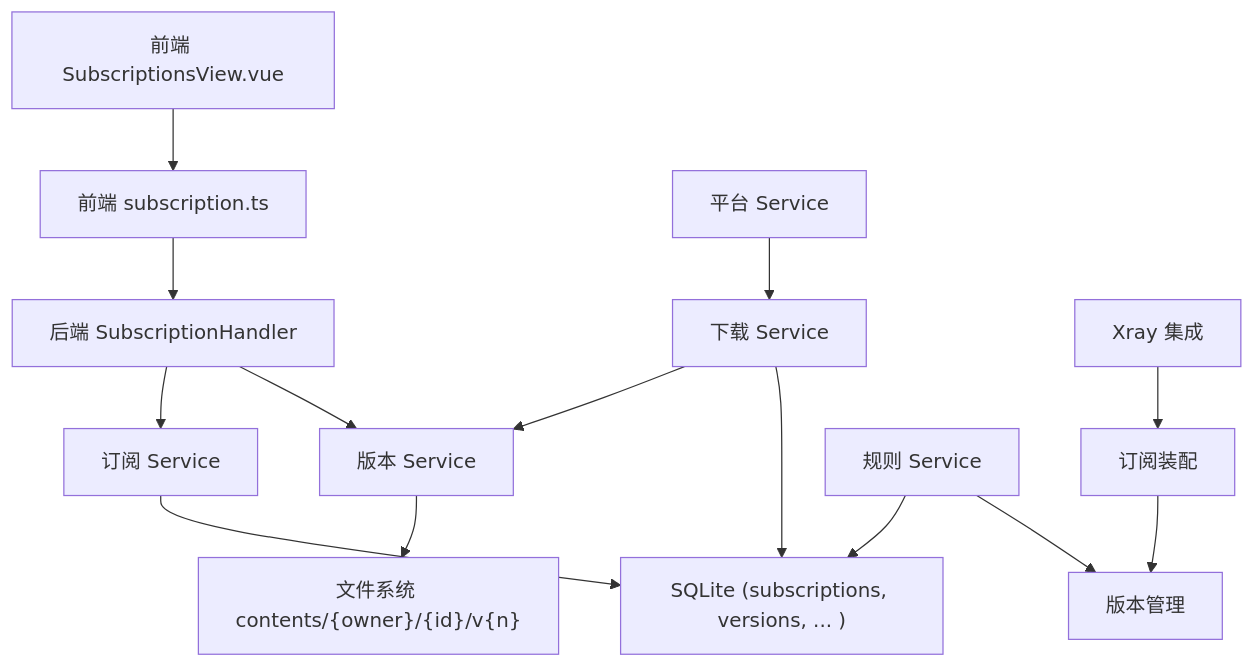
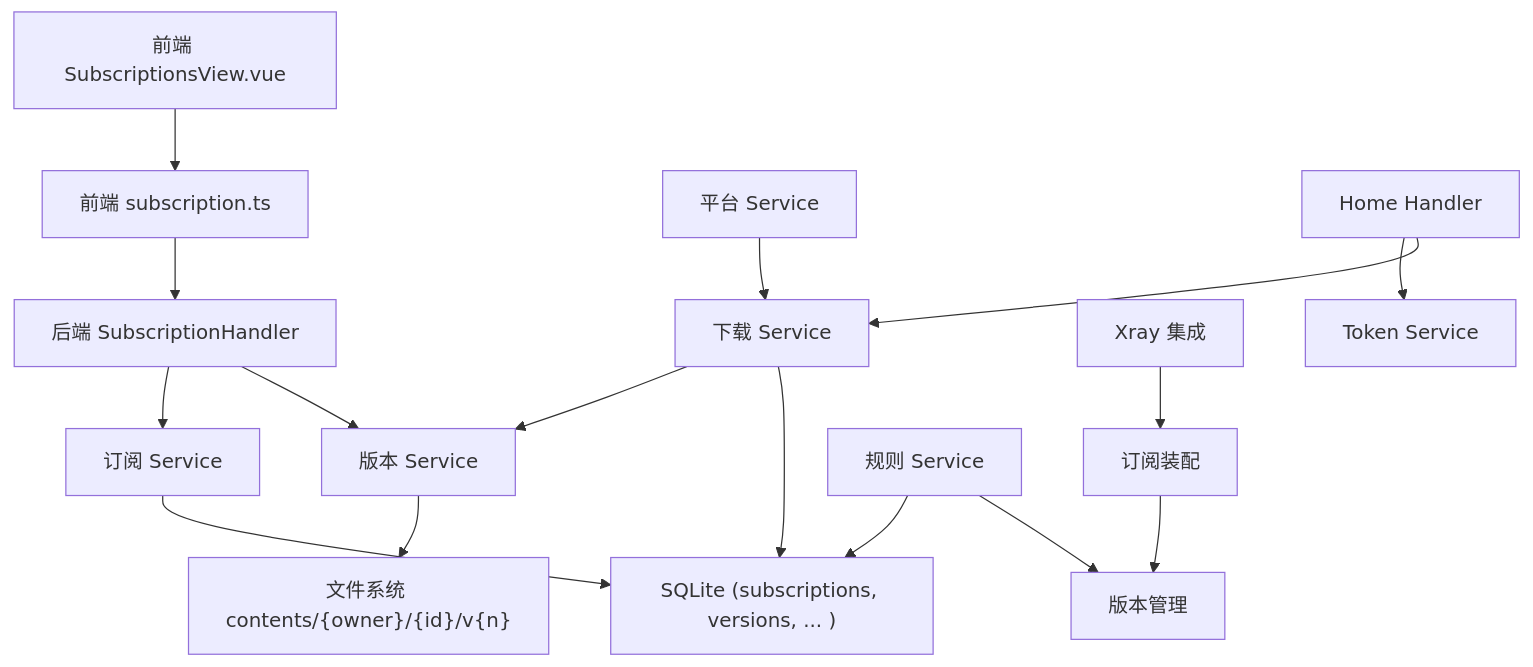
Before and after one commit to AlcaProphet/VPN-Subscription-Management: the first of 11 diagrams in .qoder/repowiki/zh/content/核心功能模块/订阅管理系统.md, drawn with Mermaid. The commit also changed other lines of this file and 4 other files, not shown here.

````diff
--- a/.qoder/repowiki/zh/content/核心功能模块/订阅管理系统.md
+++ b/.qoder/repowiki/zh/content/核心功能模块/订阅管理系统.md
@@ -58,16 +59,18 @@
 ```mermaid
 graph TB
 FE["前端 SubscriptionsView.vue"] --> API["前端 subscription.ts"]
 API --> Srv["后端 SubscriptionHandler"]
 Srv --> SubSvc["订阅 Service"]
 Srv --> VerSvc["版本 Service"]
 SubSvc --> DB["SQLite (subscriptions, versions, ... )"]
 VerSvc --> FS["文件系统 contents/{owner}/{id}/v{n}"]
 DL["下载 Service"] --> VerSvc
 DL --> DB
 PLAT["平台 Service"] --> DL
 XRAY["Xray 集成"] --> SUB["订阅装配"]
 SUB --> VER["版本管理"]
 RULE["规则 Service"] --> DB
 RULE --> VER
+HOME["Home Handler"] --> TOKEN["Token Service"]
+HOME --> DL
 ```
````
